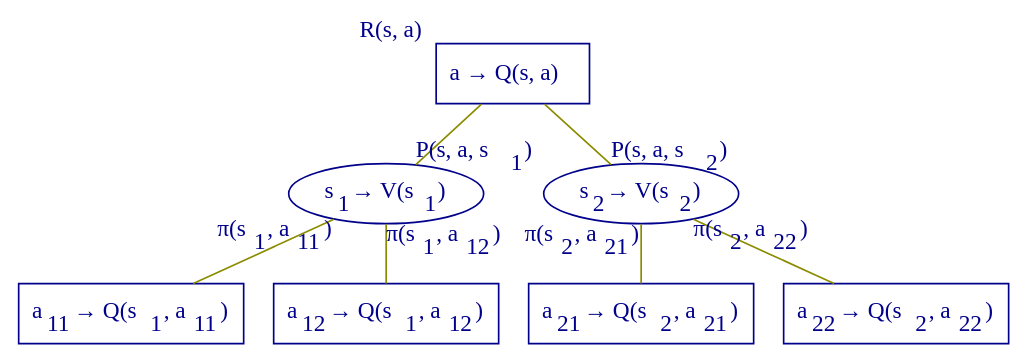
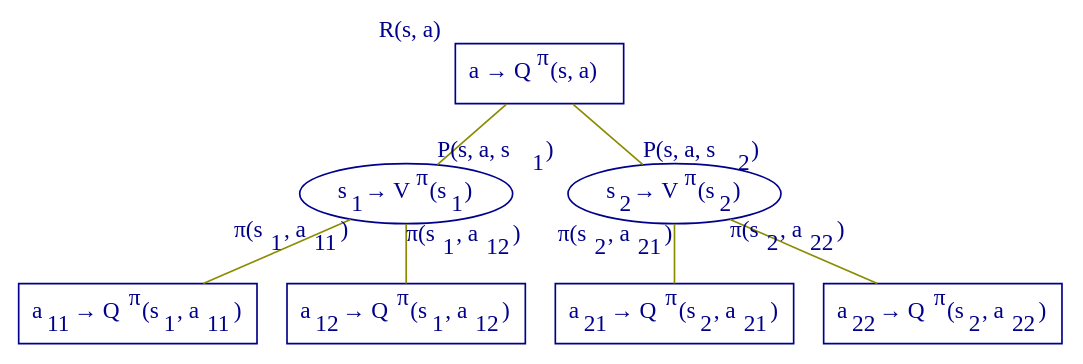
Before and after one commit to TikhonJelvis/RL-book: the diagram in chapter3/mdp_bellman_policy_tree_qq.gv, drawn with Graphviz. The commit also changed 3 other files, not shown here.

```diff
--- a/chapter3/mdp_bellman_policy_tree_qq.gv
+++ b/chapter3/mdp_bellman_policy_tree_qq.gv
@@ -1,20 +1,20 @@
 /*
 Run with the command: neato -n2 -Tpng -o mdp_bellman_policy_tree_qq.png mdp_bellman_policy_tree_qq.gv
 */
 
 digraph mdp_bellman_policy_tree_qq
 {
-  A [pos="0,0", label=<a &#8594; Q(s, a)>, shape=box, xlp="0, -30", xlabel=<R(s, a)>, color=blue4, fontcolor=blue4]
-  S1 [pos="-140,-120", label=<s<SUB>1</SUB> &#8594; V(s<SUB>1</SUB>)>, shape=ellipse, color=blue4, fontcolor=blue4]
-  S2 [pos="140,-120", label=<s<SUB>2</SUB> &#8594; V(s<SUB>2</SUB>)>, shape=ellipse, color=blue4, fontcolor=blue4]
-  A11 [pos="-210,-240", label=<a<SUB>11</SUB> &#8594; Q(s<SUB>1</SUB>, a<SUB>11</SUB>)>, shape=box, color=blue4, fontcolor=blue4]
-  A12 [pos="-70, -240", label=<a<SUB>12</SUB> &#8594; Q(s<SUB>1</SUB>, a<SUB>12</SUB>)>, shape=box, color=blue4, fontcolor=blue4]
-  A21 [pos="70,-240", label=<a<SUB>21</SUB> &#8594; Q(s<SUB>2</SUB>, a<SUB>21</SUB>)>, shape=box, color=blue4, fontcolor=blue4]
-  A22 [pos="210, -240", label=<a<SUB>22</SUB> &#8594; Q(s<SUB>2</SUB>, a<SUB>22</SUB>)>, shape=box, color=blue4, fontcolor=blue4]
+  A [pos="0,0", label=<a &#8594; Q<SUP>&#960;</SUP>(s, a)>, shape=box, xlp="0, -30", xlabel=<R(s, a)>, color=blue4, fontcolor=blue4]
+  S1 [pos="-140,-120", label=<s<SUB>1</SUB> &#8594; V<SUP>&#960;</SUP>(s<SUB>1</SUB>)>, shape=ellipse, color=blue4, fontcolor=blue4]
+  S2 [pos="140,-120", label=<s<SUB>2</SUB> &#8594; V<SUP>&#960;</SUP>(s<SUB>2</SUB>)>, shape=ellipse, color=blue4, fontcolor=blue4]
+  A11 [pos="-210,-240", label=<a<SUB>11</SUB> &#8594; Q<SUP>&#960;</SUP>(s<SUB>1</SUB>, a<SUB>11</SUB>)>, shape=box, color=blue4, fontcolor=blue4]
+  A12 [pos="-70, -240", label=<a<SUB>12</SUB> &#8594; Q<SUP>&#960;</SUP>(s<SUB>1</SUB>, a<SUB>12</SUB>)>, shape=box, color=blue4, fontcolor=blue4]
+  A21 [pos="70,-240", label=<a<SUB>21</SUB> &#8594; Q<SUP>&#960;</SUP>(s<SUB>2</SUB>, a<SUB>21</SUB>)>, shape=box, color=blue4, fontcolor=blue4]
+  A22 [pos="210, -240", label=<a<SUB>22</SUB> &#8594; Q<SUP>&#960;</SUP>(s<SUB>2</SUB>, a<SUB>22</SUB>)>, shape=box, color=blue4, fontcolor=blue4]
   A->S1 [headlabel=<P(s, a, s<SUB>1</SUB>)>, arrowhead=none, color=yellow4, fontcolor=blue4]
   A->S2 [headlabel=<P(s, a, s<SUB>2</SUB>)>, arrowhead=none, color=yellow4, fontcolor=blue4]
   S1->A11 [taillabel=<&#960;(s<SUB>1</SUB>, a<SUB>11</SUB>)>, arrowhead=none, color=yellow4, fontcolor=blue4]
   S1->A12 [taillabel=<&#960;(s<SUB>1</SUB>, a<SUB>12</SUB>)>, arrowhead=none, color=yellow4, fontcolor=blue4]
   S2->A21 [taillabel=<&#960;(s<SUB>2</SUB>, a<SUB>21</SUB>)>, arrowhead=none, color=yellow4, fontcolor=blue4]
   S2->A22 [taillabel=<&#960;(s<SUB>2</SUB>, a<SUB>22</SUB>)>, arrowhead=none, color=yellow4, fontcolor=blue4]
 }
```
